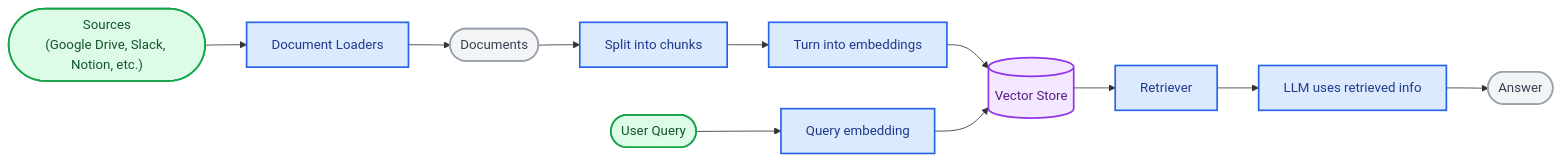
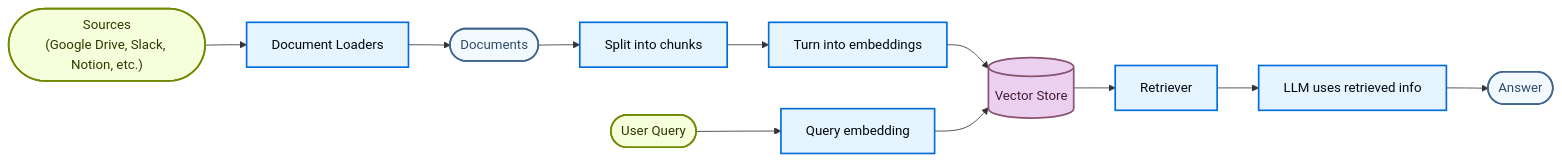
One commit to meirk-brd/docs changed the first of 4 diagrams in build/oss/javascript/langchain/retrieval.mdx. Above: the diagram before and after it, drawn with Mermaid. The commit also changed other lines of this file and 111 other files, not shown here.

````diff
--- a/build/oss/javascript/langchain/retrieval.mdx
+++ b/build/oss/javascript/langchain/retrieval.mdx
@@ -47,23 +47,23 @@
 ```mermaid
 flowchart LR
   S(["Sources<br>(Google Drive, Slack, Notion, etc.)"]) --> L[Document Loaders]
   L --> A([Documents])
   A --> B[Split into chunks]
   B --> C[Turn into embeddings]
   C --> D[(Vector Store)]
   Q([User Query]) --> E[Query embedding]
   E --> D
   D --> F[Retriever]
   F --> G[LLM uses retrieved info]
   G --> H([Answer])
 
-  classDef trigger fill:#DCFCE7,stroke:#16A34A,stroke-width:2px,color:#14532D
-  classDef process fill:#DBEAFE,stroke:#2563EB,stroke-width:2px,color:#1E3A8A
-  classDef output fill:#F3E8FF,stroke:#9333EA,stroke-width:2px,color:#581C87
-  classDef neutral fill:#F3F4F6,stroke:#9CA3AF,stroke-width:2px,color:#374151
+  classDef trigger fill:#F6FFDB,stroke:#6E8900,stroke-width:2px,color:#2E3900
+  classDef process fill:#E5F4FF,stroke:#006DDD,stroke-width:2px,color:#030710
+  classDef output fill:#EBD0F0,stroke:#885270,stroke-width:2px,color:#441E33
+  classDef neutral fill:#F2FAFF,stroke:#40668D,stroke-width:2px,color:#2F4B68
 
   class S,Q trigger
   class L,B,C,E,F,G process
   class D output
   class A,H neutral
 ```
````
